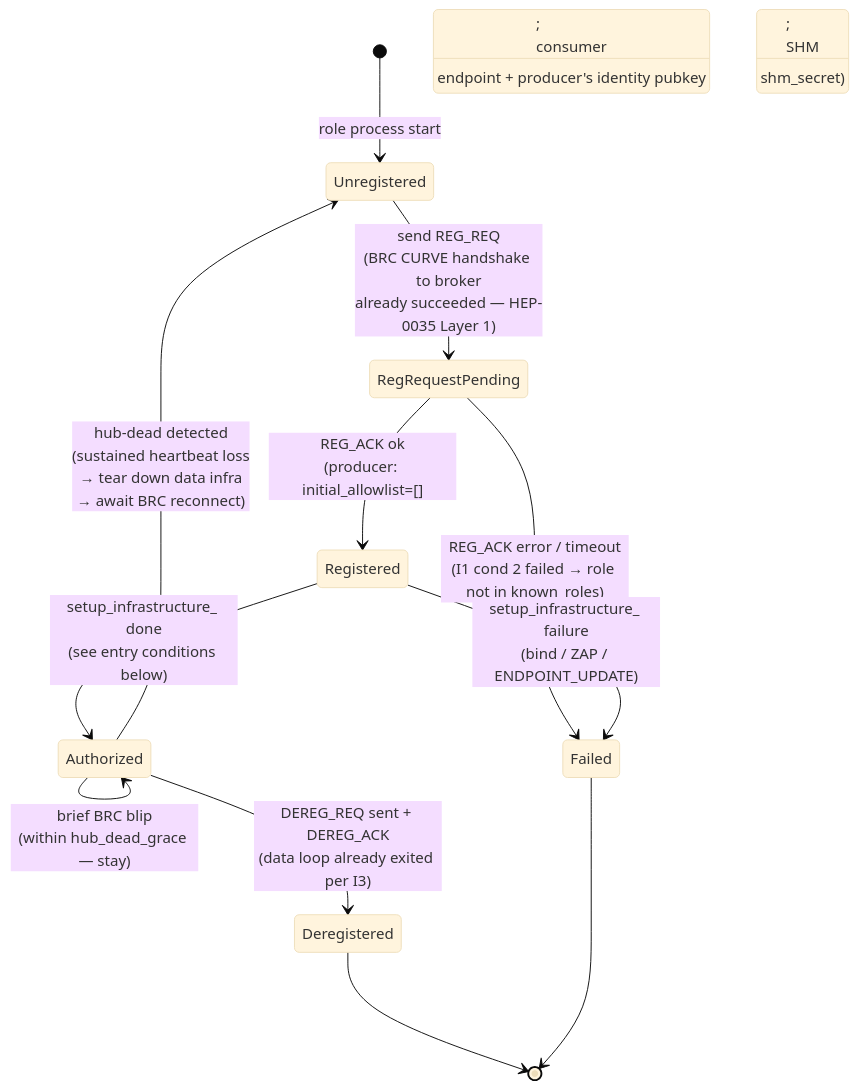
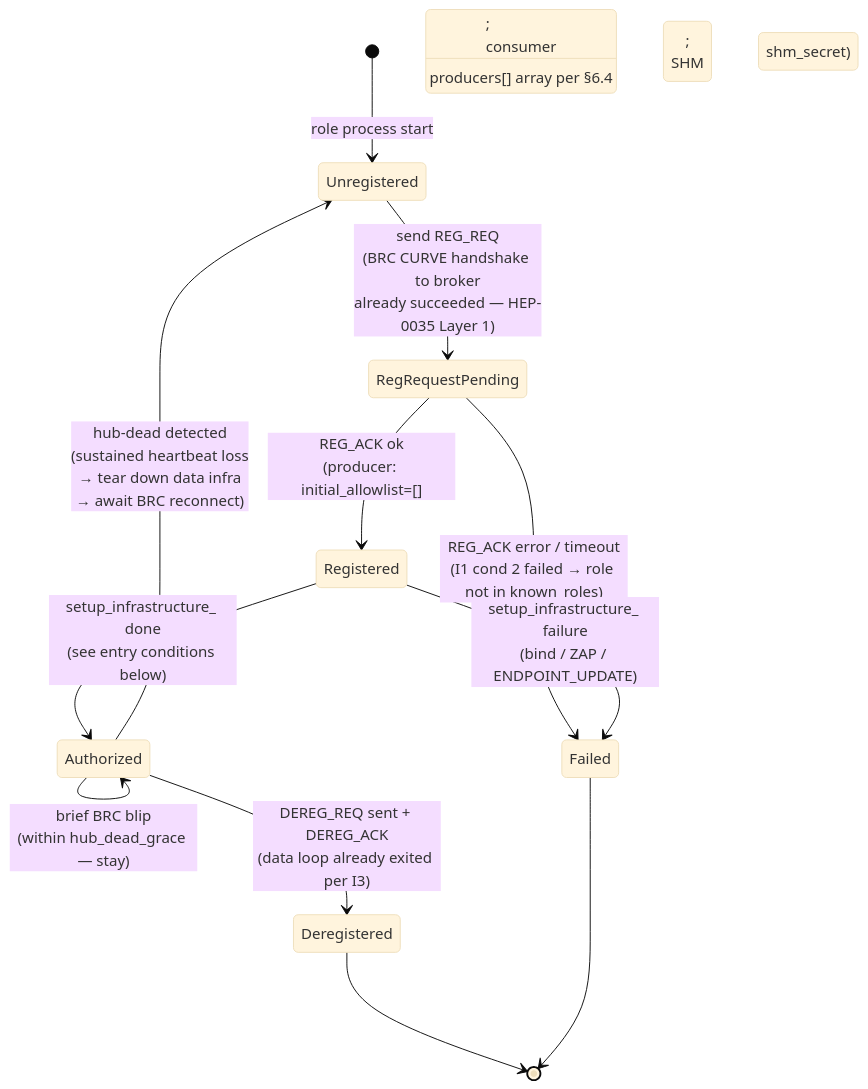
The second of 11 diagrams in docs/HEP/HEP-CORE-0036-Authenticated-Connection-Establishment.md (Qing-LAB/pylabhub), drawn with Mermaid (base theme) before and after one commit. The commit also changed other lines of this file, not shown here.

````diff
--- a/docs/HEP/HEP-CORE-0036-Authenticated-Connection-Establishment.md
+++ b/docs/HEP/HEP-CORE-0036-Authenticated-Connection-Establishment.md
@@ -487,14 +487,14 @@
 ```mermaid
 stateDiagram-v2
     [*]               --> Unregistered: role process start
     Unregistered      --> RegRequestPending: send REG_REQ<br/>(BRC CURVE handshake to broker<br/>already succeeded — HEP-0035 Layer 1)
-    RegRequestPending --> Registered: REG_ACK ok<br/>(producer: initial_allowlist=[];<br/>consumer: endpoint + producer's identity pubkey;<br/>SHM: shm_secret)
+    RegRequestPending --> Registered: REG_ACK ok<br/>(producer: initial_allowlist=[];<br/>consumer: producers[] array per §6.4;<br/>SHM consumer: shm_secret)
     RegRequestPending --> Failed: REG_ACK error / timeout<br/>(I1 cond 2 failed → role not in known_roles)
     Registered        --> Authorized: setup_infrastructure_ done<br/>(see entry conditions below)
     Registered        --> Failed: setup_infrastructure_ failure<br/>(bind / ZAP / ENDPOINT_UPDATE)
     Authorized        --> Authorized: brief BRC blip<br/>(within hub_dead_grace — stay)
     Authorized        --> Unregistered: hub-dead detected<br/>(sustained heartbeat loss<br/>→ tear down data infra<br/>→ await BRC reconnect)
     Authorized        --> Deregistered: DEREG_REQ sent + DEREG_ACK<br/>(data loop already exited per I3)
     Deregistered      --> [*]
     Failed            --> [*]
 ```
````
